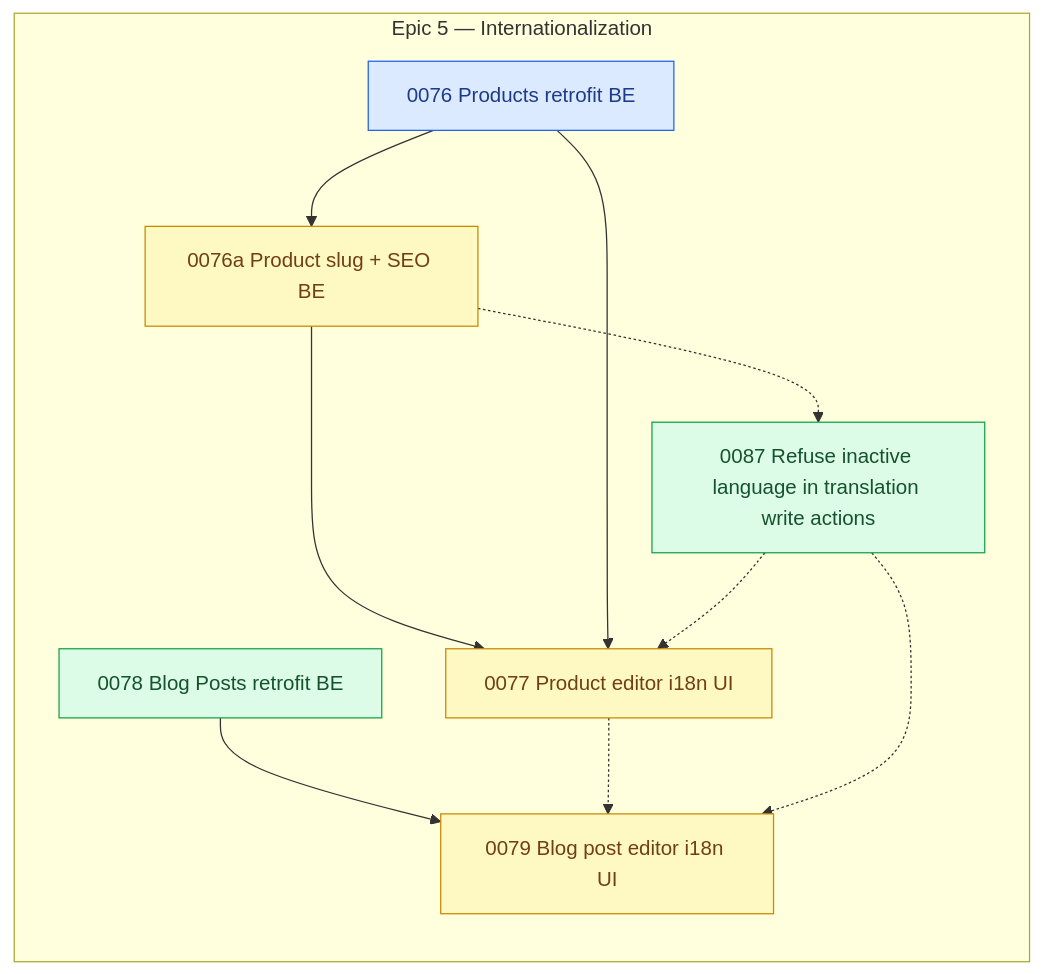
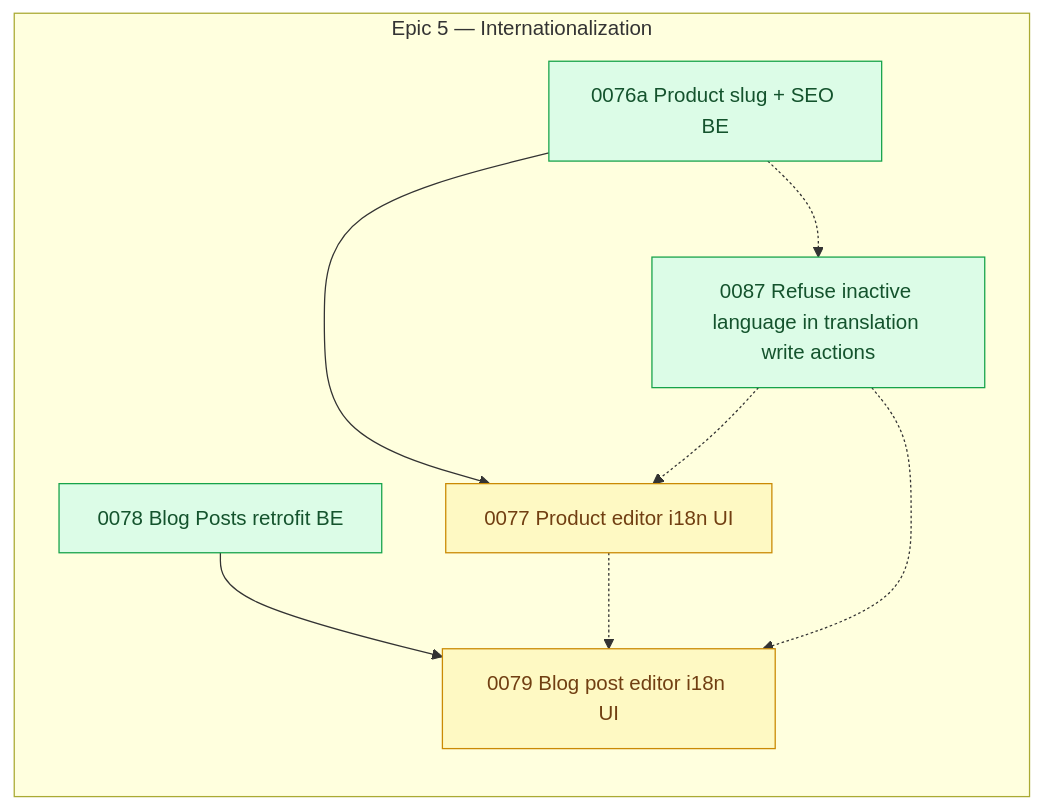
The diagram in arospe/ai-spec/tasks-map.md (shojen/AI4Devs-finalproject), drawn with Mermaid before and after one commit. The commit also changed other lines of this file and 7 other files, not shown here.

```diff
--- a/arospe/ai-spec/tasks-map.md
+++ b/arospe/ai-spec/tasks-map.md
@@ -554,7 +555,6 @@
     subgraph PEND_I18N["Epic 5 — Internationalization"]
         direction TB
         P0087["0087 Refuse inactive language in translation write actions"]
-        P0076["0076 Products retrofit BE"]
         P0076a["0076a Product slug + SEO BE"]
         P0077["0077 Product editor i18n UI"]
         P0078["0078 Blog Posts retrofit BE"]
@@ -624,10 +624,8 @@
     %% (P0067 -.-> P0069 dropped: 0067 closed to done/ 2026-10-02, the fourth Epic 5 story to close; its node and the conflict edge are removed.)
     %% (P0072 --> P0073 dropped: 0072 closed to done/ 2026-10-07; 0073 is now ready.)
     %% (P0074 --> P0075 dropped: 0074 closed to done/ 2026-10-15; 0075 is now ready.)
-    P0076 --> P0076a
+    %% (P0076 --> P0076a and P0076 --> P0077 dropped: 0076 closed to done/ 2026-11-07; 0076a is now ready, 0077 stays blocked on 0076a.)
     P0076a --> P0077
-    %% (P0076 --> P0077 is kept as a direct hard edge too: 0077 consumes 0076's table and scope.)
-    P0076 --> P0077
     P0076a -.-> P0087
     P0078 --> P0079
     P0077 -.-> P0079
@@ -635,9 +633,8 @@
     %% (P0084 --> P0085 dropped: 0084 is done; 0085 is done too.)
     %% (P0083 -.-> P0085 and P0083 --> P0086 dropped: 0083 is done; 0086 is now ready.)
 
-    class P0076a,P0077,P0079 pending;
-    class P0078,P0087 ready;
-    class P0076 claimed;
+    class P0077,P0079 pending;
+    class P0076a,P0078,P0087 ready;
     P0087 -.-> P0079
     P0087 -.-> P0077
     %% (P0075 closed to done/ 2026-10-27; P0073 closed to done/ 2026-10-08; no node remains `claimed`.)
```
